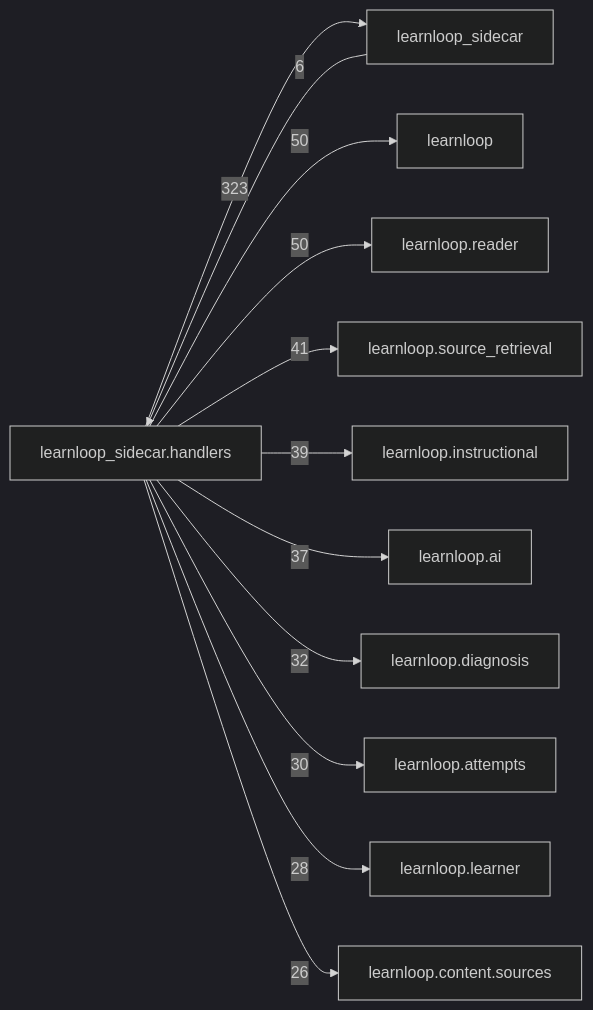
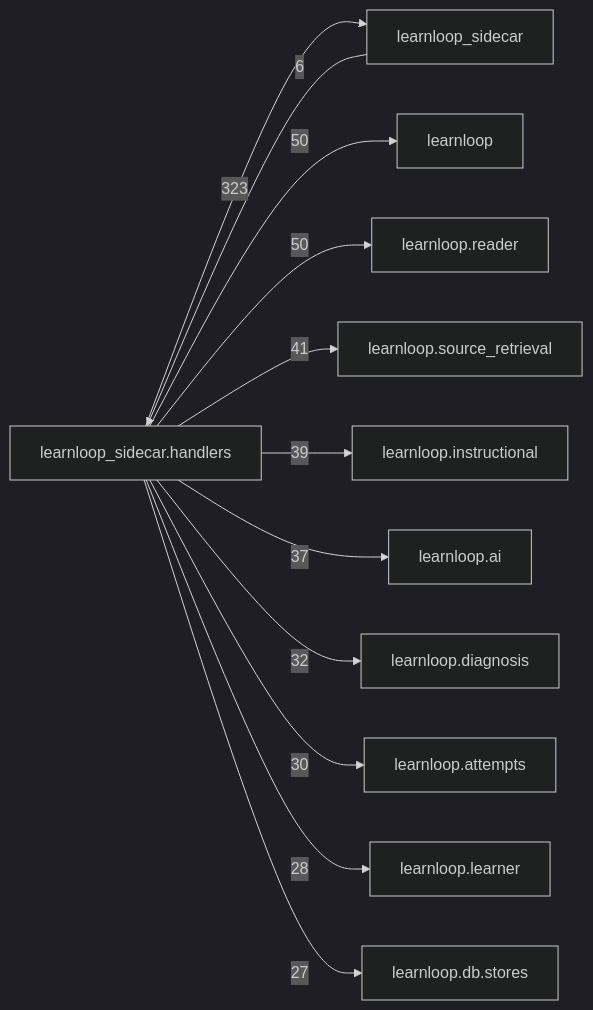
Before and after one commit to 6up-b/learnanything: the diagram in docs/learnloop-architecture-vault/Reference/Modules/learnloop_sidecar/handlers/_package.md, drawn with Mermaid (dark theme). The commit also changed other lines of this file and 258 other files, not shown here.

````diff
--- a/docs/learnloop-architecture-vault/Reference/Modules/learnloop_sidecar/handlers/_package.md
+++ b/docs/learnloop-architecture-vault/Reference/Modules/learnloop_sidecar/handlers/_package.md
@@ -260,25 +260,25 @@
 ```mermaid
 flowchart LR
     center["learnloop_sidecar.handlers"]
     n_learnloop_sidecar["learnloop_sidecar"]
     n_learnloop["learnloop"]
     n_learnloop_reader["learnloop.reader"]
     n_learnloop_source_retrieval["learnloop.source_retrieval"]
     n_learnloop_instructional["learnloop.instructional"]
     n_learnloop_ai["learnloop.ai"]
     n_learnloop_diagnosis["learnloop.diagnosis"]
     n_learnloop_attempts["learnloop.attempts"]
     n_learnloop_learner["learnloop.learner"]
-    n_learnloop_content_sources["learnloop.content.sources"]
+    n_learnloop_db_stores["learnloop.db.stores"]
     n_learnloop_sidecar -->|6| center
     center -->|323| n_learnloop_sidecar
     center -->|50| n_learnloop
     center -->|50| n_learnloop_reader
     center -->|41| n_learnloop_source_retrieval
     center -->|39| n_learnloop_instructional
     center -->|37| n_learnloop_ai
     center -->|32| n_learnloop_diagnosis
     center -->|30| n_learnloop_attempts
     center -->|28| n_learnloop_learner
-    center -->|26| n_learnloop_content_sources
+    center -->|27| n_learnloop_db_stores
 ```
````
